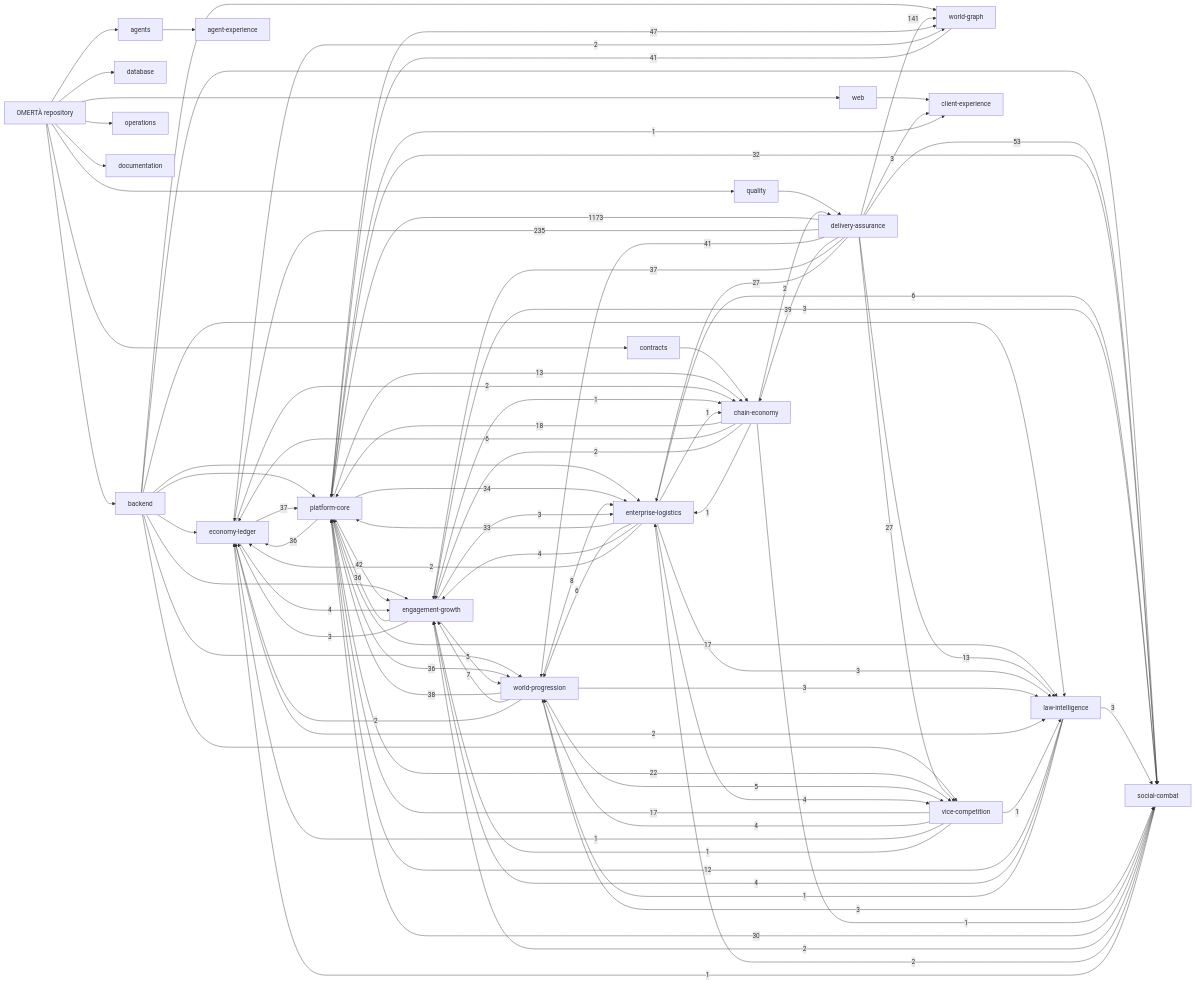
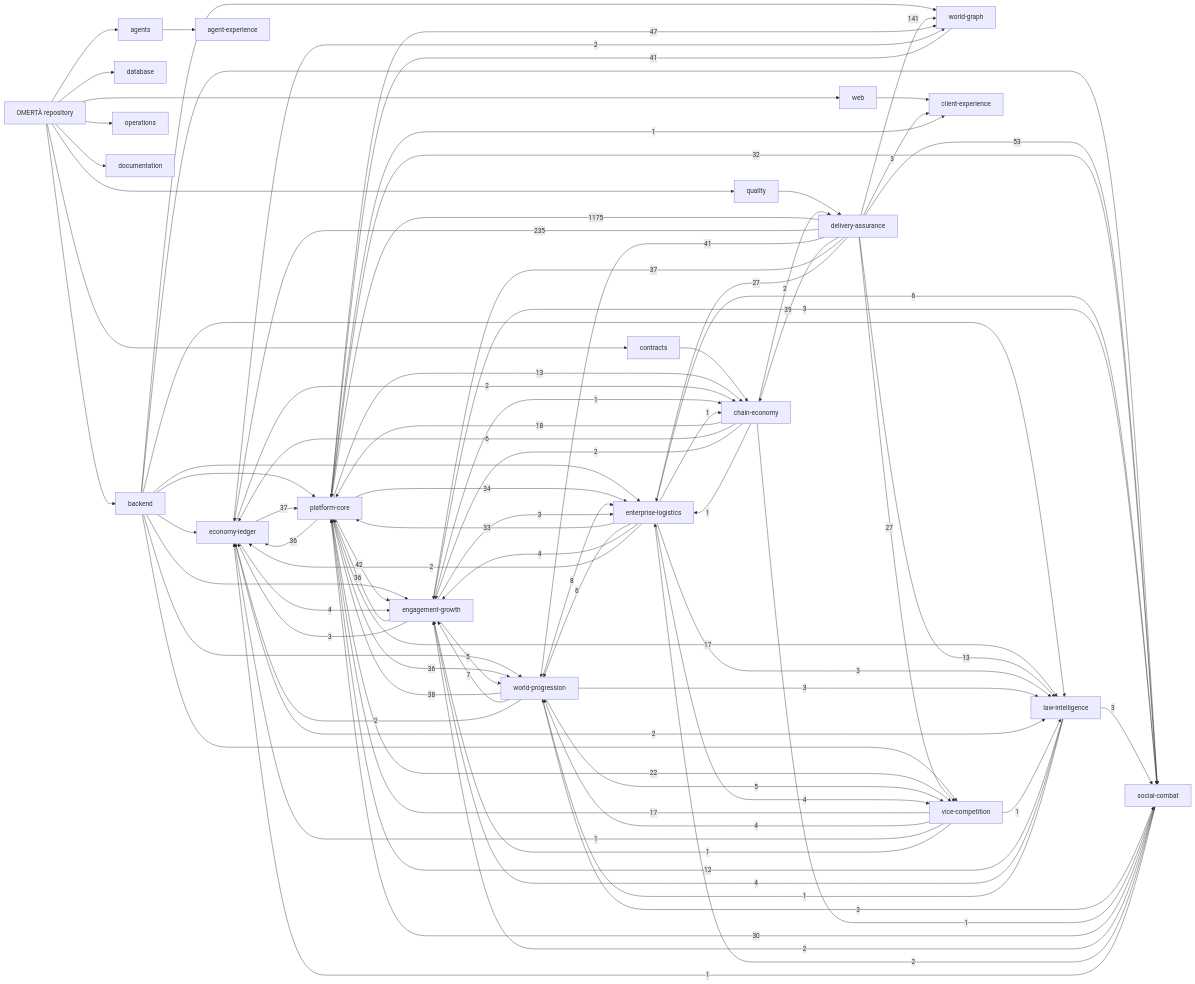
The diagram in knowledge/generated/graph.mmd (OmertaDev/Omerta), drawn with Mermaid before and after one commit. The commit also changed 8 other files, not shown here.

```diff
--- a/knowledge/generated/graph.mmd
+++ b/knowledge/generated/graph.mmd
@@ -1,111 +1,111 @@
 flowchart LR
   repo["OMERTÀ repository"]
   sub_backend["backend"]
   repo --> sub_backend
   sub_database["database"]
   repo --> sub_database
   sub_web["web"]
   repo --> sub_web
   sub_contracts["contracts"]
   repo --> sub_contracts
   sub_agents["agents"]
   repo --> sub_agents
   sub_quality["quality"]
   repo --> sub_quality
   sub_operations["operations"]
   repo --> sub_operations
   sub_documentation["documentation"]
   repo --> sub_documentation
   dom_platform-core["platform-core"]
   dom_economy-ledger["economy-ledger"]
   dom_social-combat["social-combat"]
   dom_world-progression["world-progression"]
   dom_world-graph["world-graph"]
   dom_enterprise-logistics["enterprise-logistics"]
   dom_vice-competition["vice-competition"]
   dom_law-intelligence["law-intelligence"]
   dom_chain-economy["chain-economy"]
   dom_engagement-growth["engagement-growth"]
   dom_client-experience["client-experience"]
   dom_agent-experience["agent-experience"]
   dom_delivery-assurance["delivery-assurance"]
   sub_agents --> dom_agent-experience
   sub_backend --> dom_economy-ledger
   sub_backend --> dom_engagement-growth
   sub_backend --> dom_enterprise-logistics
   sub_backend --> dom_law-intelligence
   sub_backend --> dom_platform-core
   sub_backend --> dom_social-combat
   sub_backend --> dom_vice-competition
   sub_backend --> dom_world-graph
   sub_backend --> dom_world-progression
   sub_contracts --> dom_chain-economy
   sub_quality --> dom_delivery-assurance
   sub_web --> dom_client-experience
-  dom_delivery-assurance -->|1173| dom_platform-core
+  dom_delivery-assurance -->|1175| dom_platform-core
   dom_delivery-assurance -->|235| dom_economy-ledger
   dom_delivery-assurance -->|141| dom_world-graph
   dom_delivery-assurance -->|53| dom_social-combat
   dom_platform-core -->|47| dom_world-graph
   dom_platform-core -->|42| dom_engagement-growth
   dom_delivery-assurance -->|41| dom_world-progression
   dom_world-graph -->|41| dom_platform-core
   dom_delivery-assurance -->|39| dom_chain-economy
   dom_world-progression -->|38| dom_platform-core
   dom_delivery-assurance -->|37| dom_engagement-growth
   dom_economy-ledger -->|37| dom_platform-core
   dom_engagement-growth -->|36| dom_platform-core
   dom_platform-core -->|36| dom_economy-ledger
   dom_platform-core -->|36| dom_world-progression
   dom_platform-core -->|34| dom_enterprise-logistics
   dom_enterprise-logistics -->|33| dom_platform-core
   dom_platform-core -->|32| dom_social-combat
   dom_social-combat -->|30| dom_platform-core
   dom_delivery-assurance -->|27| dom_enterprise-logistics
   dom_delivery-assurance -->|27| dom_vice-competition
   dom_platform-core -->|22| dom_vice-competition
   dom_chain-economy -->|18| dom_platform-core
   dom_platform-core -->|17| dom_law-intelligence
   dom_vice-competition -->|17| dom_platform-core
   dom_delivery-assurance -->|13| dom_law-intelligence
   dom_platform-core -->|13| dom_chain-economy
   dom_law-intelligence -->|12| dom_platform-core
   dom_world-progression -->|8| dom_enterprise-logistics
   dom_world-progression -->|7| dom_engagement-growth
   dom_chain-economy -->|6| dom_economy-ledger
   dom_enterprise-logistics -->|6| dom_social-combat
   dom_enterprise-logistics -->|6| dom_world-progression
   dom_engagement-growth -->|5| dom_world-progression
   dom_world-progression -->|5| dom_vice-competition
   dom_economy-ledger -->|4| dom_engagement-growth
   dom_enterprise-logistics -->|4| dom_engagement-growth
   dom_enterprise-logistics -->|4| dom_vice-competition
   dom_law-intelligence -->|4| dom_engagement-growth
   dom_vice-competition -->|4| dom_world-progression
   dom_delivery-assurance -->|3| dom_client-experience
   dom_engagement-growth -->|3| dom_economy-ledger
   dom_engagement-growth -->|3| dom_enterprise-logistics
   dom_engagement-growth -->|3| dom_social-combat
   dom_enterprise-logistics -->|3| dom_law-intelligence
   dom_law-intelligence -->|3| dom_social-combat
   dom_world-progression -->|3| dom_law-intelligence
   dom_world-progression -->|3| dom_social-combat
   dom_chain-economy -->|2| dom_delivery-assurance
   dom_chain-economy -->|2| dom_engagement-growth
   dom_economy-ledger -->|2| dom_chain-economy
   dom_economy-ledger -->|2| dom_law-intelligence
   dom_economy-ledger -->|2| dom_world-graph
   dom_enterprise-logistics -->|2| dom_economy-ledger
   dom_social-combat -->|2| dom_engagement-growth
   dom_social-combat -->|2| dom_enterprise-logistics
   dom_world-progression -->|2| dom_economy-ledger
   dom_chain-economy -->|1| dom_enterprise-logistics
   dom_chain-economy -->|1| dom_social-combat
   dom_engagement-growth -->|1| dom_chain-economy
   dom_enterprise-logistics -->|1| dom_chain-economy
   dom_law-intelligence -->|1| dom_world-progression
   dom_platform-core -->|1| dom_client-experience
   dom_social-combat -->|1| dom_economy-ledger
   dom_vice-competition -->|1| dom_economy-ledger
   dom_vice-competition -->|1| dom_engagement-growth
   dom_vice-competition -->|1| dom_law-intelligence
```
